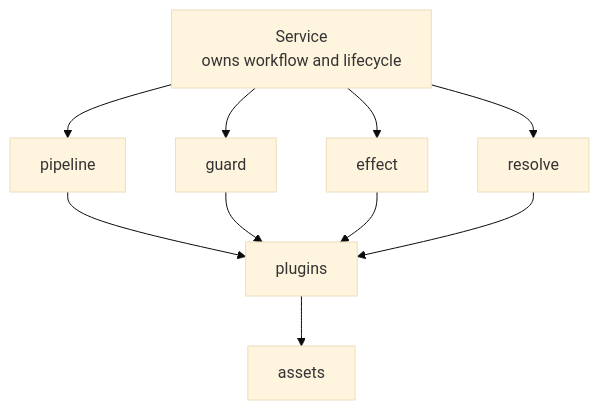
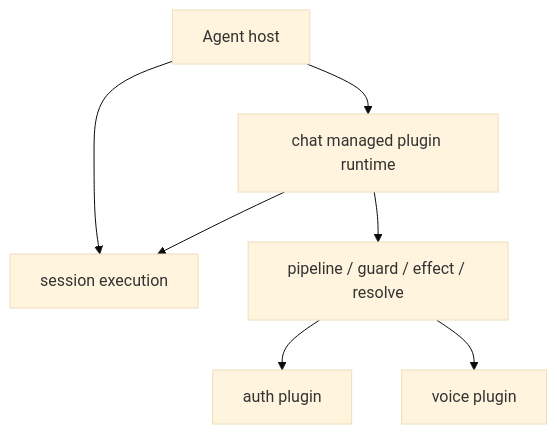
One commit to wangenius/downcity changed the diagram in homepage/content/devdocs/en/platform/authorization-and-plugin-drafts.mdx. Above: the diagram before and after it, drawn with Mermaid (base theme). The commit also changed other lines of this file and 433 other files, not shown here.

Commit message:
refactor(agent,city): unify plugin-session architecture

````diff
--- a/homepage/content/devdocs/en/platform/authorization-and-plugin-drafts.mdx
+++ b/homepage/content/devdocs/en/platform/authorization-and-plugin-drafts.mdx
@@ -57,13 +53,9 @@
 ```mermaid
 flowchart TD
-  SERVICE["Service<br/>owns workflow and lifecycle"] --> PIPE["pipeline"]
-  SERVICE --> GUARD["guard"]
-  SERVICE --> EFFECT["effect"]
-  SERVICE --> RESOLVE["resolve"]
-
-  PIPE --> PLUGINS["plugins"]
-  GUARD --> PLUGINS
-  EFFECT --> PLUGINS
-  RESOLVE --> PLUGINS
-  PLUGINS --> ASSETS["assets"]
+  HOST["Agent host"] --> CHAT["chat managed plugin runtime"]
+  HOST --> SESSION["session execution"]
+  CHAT --> HOOKS["pipeline / guard / effect / resolve"]
+  HOOKS --> AUTH["auth plugin"]
+  HOOKS --> VOICE["voice plugin"]
+  CHAT --> SESSION
 ```
````
